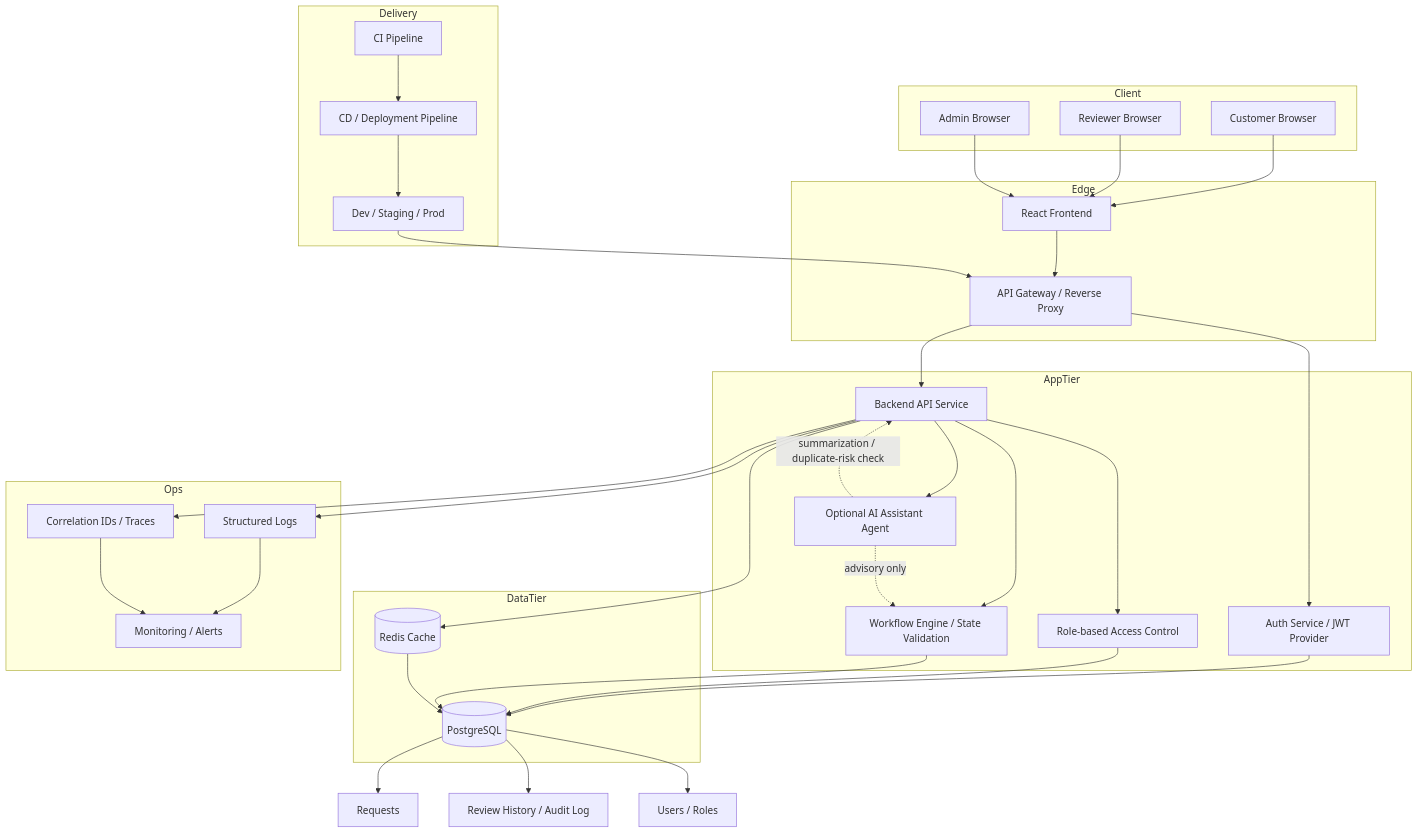
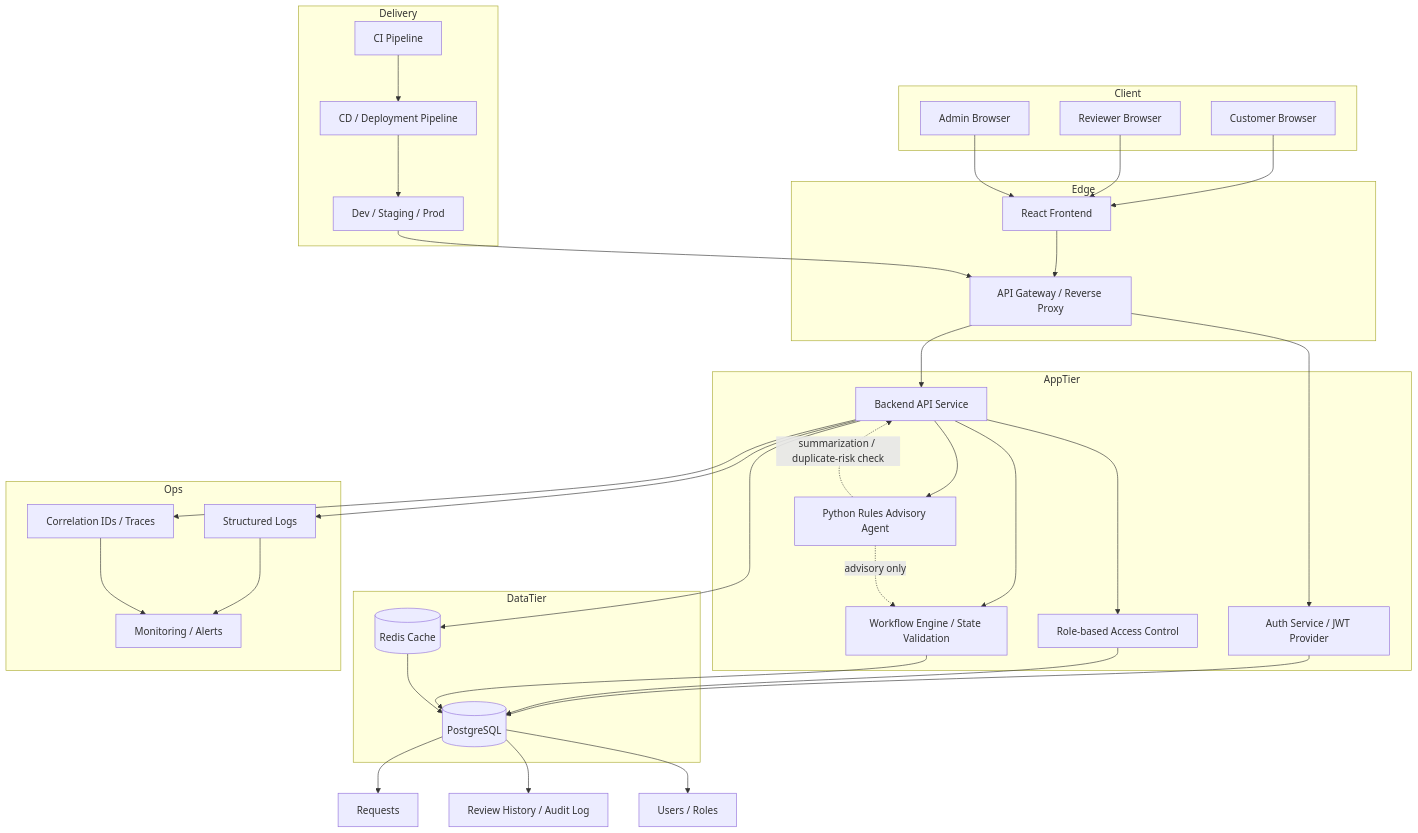
One commit to wishlesssoul/reimbursement_workflow changed the first of 2 diagrams in docs/technical-design.md. Above: the diagram before and after it, drawn with Mermaid. The commit also changed other lines of this file and 12 other files, not shown here.

Commit message:
Add Python reimbursement advisory agent

````diff
--- a/docs/technical-design.md
+++ b/docs/technical-design.md
@@ -102,70 +102,70 @@
 ```mermaid
 flowchart TB
     subgraph Client
         C[Customer Browser]
         R[Reviewer Browser]
         A[Admin Browser]
     end
 
     subgraph Edge
         GW[API Gateway / Reverse Proxy]
         FE[React Frontend]
     end
 
     subgraph AppTier
         AUTH[Auth Service / JWT Provider]
         API[Backend API Service]
         RBAC[Role-based Access Control]
         WORKFLOW[Workflow Engine / State Validation]
-        AI[Optional AI Assistant Agent]
+        AI[Python Rules Advisory Agent]
     end
 
     subgraph DataTier
         CACHE[(Redis Cache)]
         DB[(PostgreSQL)]
     end
 
     subgraph Ops
         LOG[Structured Logs]
         TRACE[Correlation IDs / Traces]
         MON[Monitoring / Alerts]
     end
 
     subgraph Delivery
         CI[CI Pipeline]
         CD[CD / Deployment Pipeline]
         ENV[Dev / Staging / Prod]
     end
 
     C --> FE
     R --> FE
     A --> FE
     FE --> GW
     GW --> AUTH
     GW --> API
 
     AUTH --> DB
     API --> RBAC
     API --> WORKFLOW
     API --> AI
     API --> CACHE
     API --> LOG
     API --> TRACE
 
     RBAC --> DB
     WORKFLOW --> DB
     CACHE --> DB
     LOG --> MON
     TRACE --> MON
 
     DB --> REQ[Requests]
     DB --> REV[Review History / Audit Log]
     DB --> USR[Users / Roles]
 
     CI --> CD
     CD --> ENV
     ENV --> GW
 
     AI -. advisory only .-> WORKFLOW
     AI -. summarization / duplicate-risk check .-> API
 ```
````
